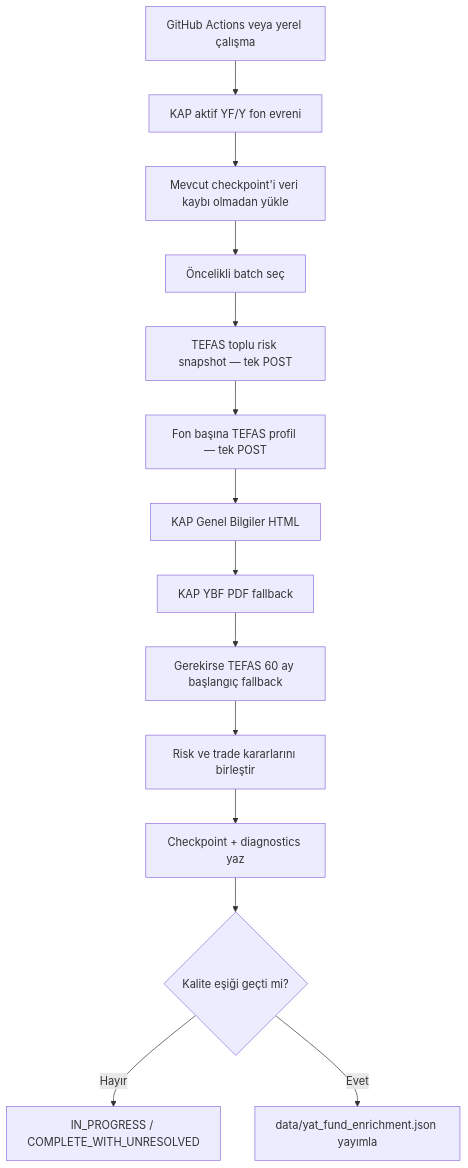
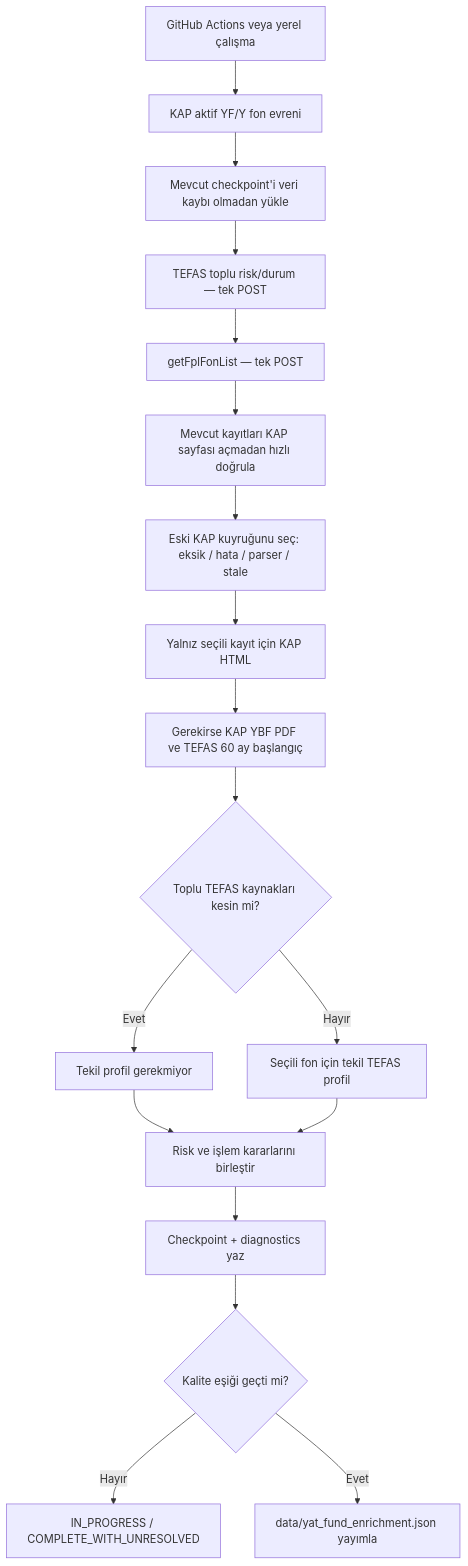
The first of 18 diagrams in README.md (egemenkarabulut/PiyasaNabzi-KAP-YAT), drawn with Mermaid before and after one commit. The commit also changed other lines of this file and 3 other files, not shown here.

````diff
--- a/README.md
+++ b/README.md
@@ -36,16 +47,20 @@
 ```mermaid
 flowchart TD
     A["GitHub Actions veya yerel çalışma"] --> B["KAP aktif YF/Y fon evreni"]
     B --> C["Mevcut checkpoint'i veri kaybı olmadan yükle"]
-    C --> D["Öncelikli batch seç"]
-    D --> E["TEFAS toplu risk snapshot — tek POST"]
-    E --> F["Fon başına TEFAS profil — tek POST"]
-    F --> G["KAP Genel Bilgiler HTML"]
-    G --> H["KAP YBF PDF fallback"]
-    H --> I["Gerekirse TEFAS 60 ay başlangıç fallback"]
-    I --> J["Risk ve trade kararlarını birleştir"]
-    J --> K["Checkpoint + diagnostics yaz"]
-    K --> L{"Kalite eşiği geçti mi?"}
-    L -- "Hayır" --> M["IN_PROGRESS / COMPLETE_WITH_UNRESOLVED"]
-    L -- "Evet" --> N["data/yat_fund_enrichment.json yayımla"]
+    C --> D["TEFAS toplu risk/durum — tek POST"]
+    D --> E["getFplFonList — tek POST"]
+    E --> F["Mevcut kayıtları KAP sayfası açmadan hızlı doğrula"]
+    F --> G["Eski KAP kuyruğunu seç: eksik / hata / parser / stale"]
+    G --> H["Yalnız seçili kayıt için KAP HTML"]
+    H --> I["Gerekirse KAP YBF PDF ve TEFAS 60 ay başlangıç"]
+    I --> J{"Toplu TEFAS kaynakları kesin mi?"}
+    J -- "Evet" --> K["Tekil profil gerekmiyor"]
+    J -- "Hayır" --> L["Seçili fon için tekil TEFAS profil"]
+    K --> M["Risk ve işlem kararlarını birleştir"]
+    L --> M
+    M --> N["Checkpoint + diagnostics yaz"]
+    N --> O{"Kalite eşiği geçti mi?"}
+    O -- "Hayır" --> P["IN_PROGRESS / COMPLETE_WITH_UNRESOLVED"]
+    O -- "Evet" --> Q["data/yat_fund_enrichment.json yayımla"]
 ```
````
